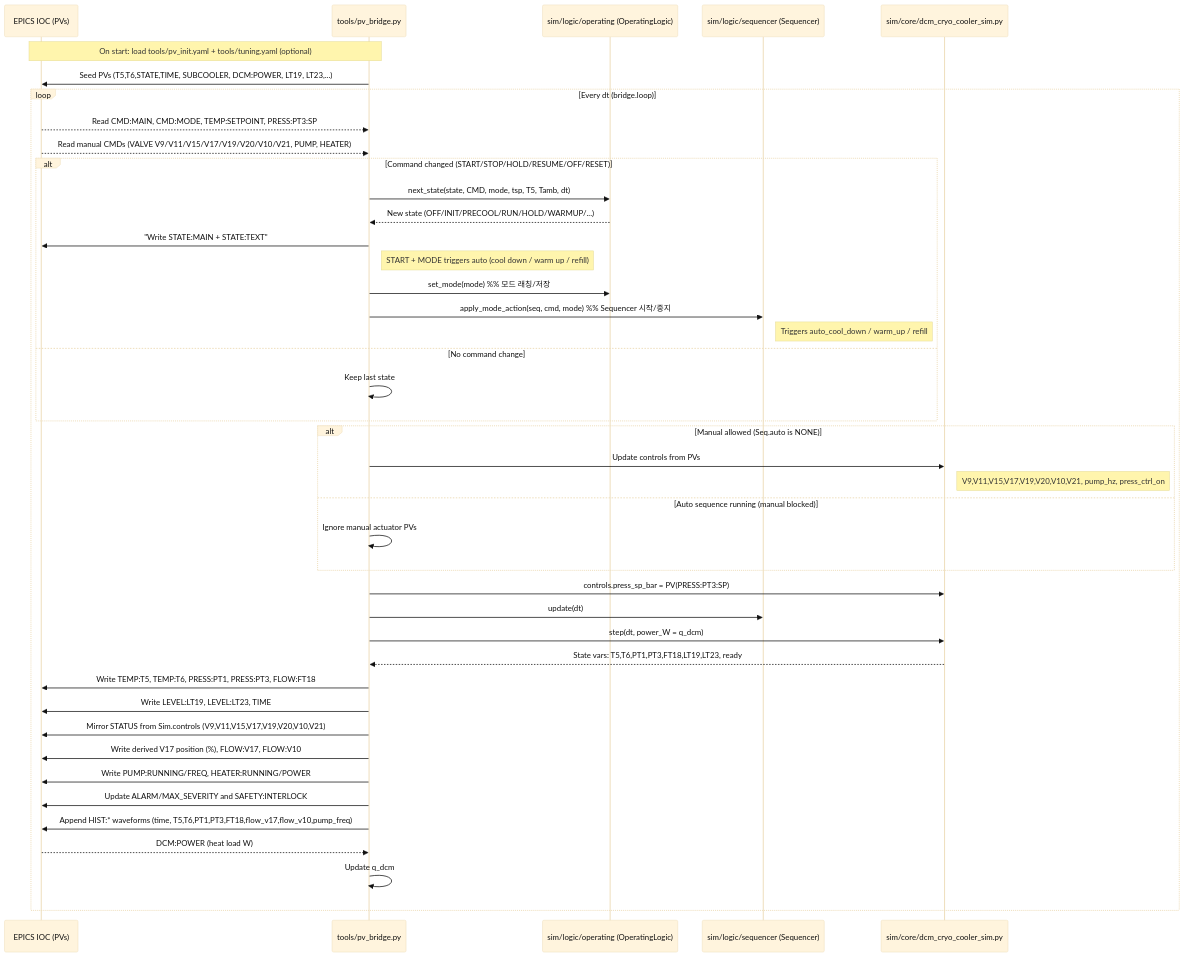
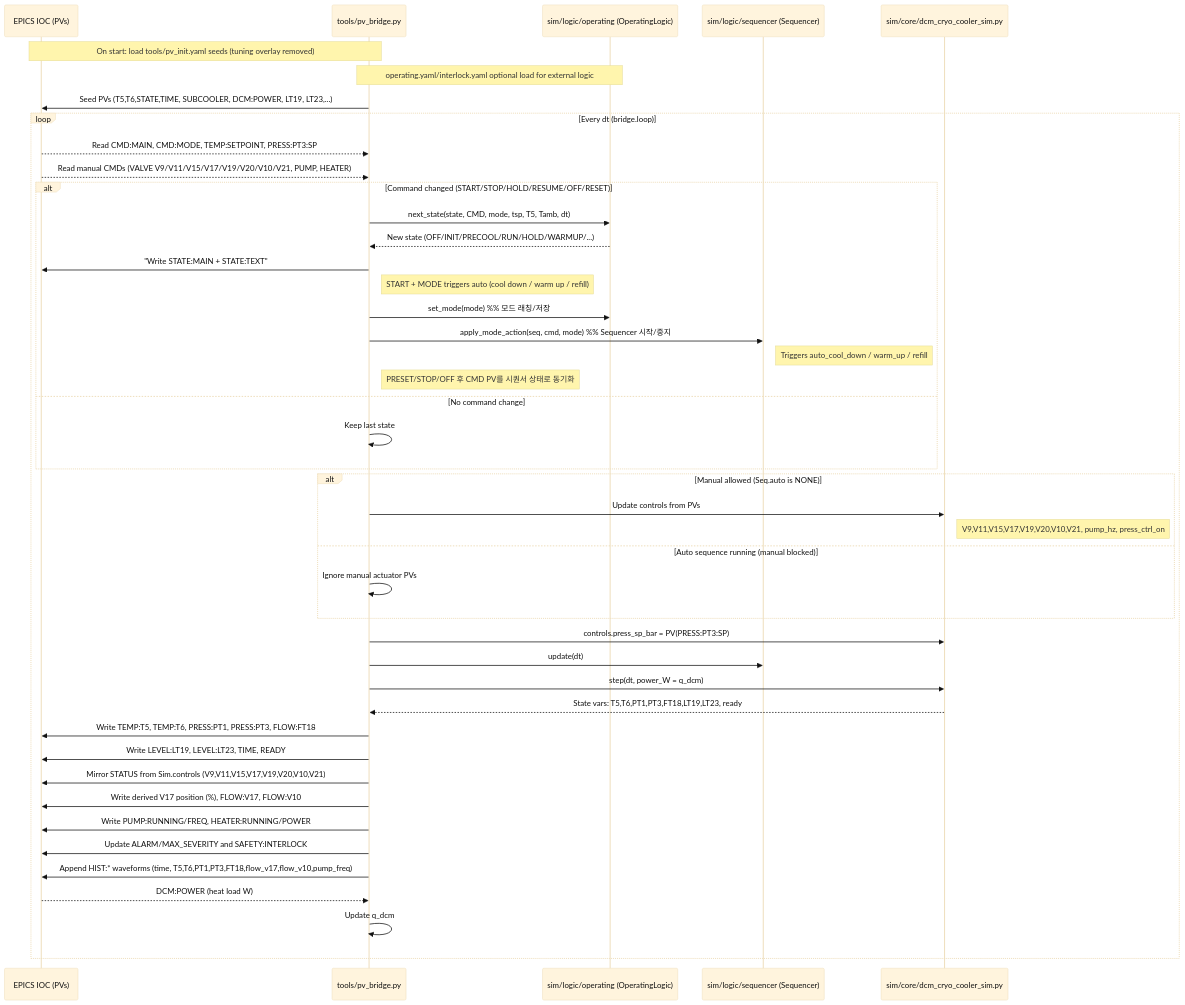
One commit to verysys-pal/DCM_CCV2 changed the diagram in docs/mermaid/pv_bridge_flow.mmd. Above: the diagram before and after it, drawn with Mermaid. The commit also changed 15 other files, not shown here.

```diff
--- a/docs/mermaid/pv_bridge_flow.mmd
+++ b/docs/mermaid/pv_bridge_flow.mmd
@@ -1,63 +1,65 @@
-%% Mermaid sequence diagram: pv_bridge.py ↔ OperatingLogic ↔ CryoCoolerSim ↔ EPICS PVs
-%% Shows how values flow each loop and on command changes
+%% Mermaid 시퀀스 다이어그램: pv_bridge.py ↔ OperatingLogic ↔ CryoCoolerSim ↔ EPICS PVs
+%% 루프별 값 흐름과 명령 변화 시 동작 설명
 
 %%{init: {
   "theme":"base",
   "themeVariables":{"background":"#ffffff","primaryTextColor":"#111111"
 }}}%%
 
 sequenceDiagram
-    %% Participants
+    %% 참가자 목록
     participant IOC as EPICS IOC (PVs)
     participant Bridge as tools/pv_bridge.py
     participant Oper as sim/logic/operating (OperatingLogic)
     participant Seq as sim/logic/sequencer (Sequencer)
     participant Sim as sim/core/dcm_cryo_cooler_sim.py
 
-    %% Initial config and tuning (optional)
-    Note over Bridge,IOC: On start: load tools/pv_init.yaml + tools/tuning.yaml (optional)
+    %% 초기 설정 (tuning overlay 제거됨)
+    Note over Bridge,IOC: On start: load tools/pv_init.yaml seeds (tuning overlay removed)
+    Note over Bridge,Oper: operating.yaml/interlock.yaml optional load for external logic
     Bridge->>IOC: Seed PVs (T5,T6,STATE,TIME, SUBCOOLER, DCM:POWER, LT19, LT23,...)
 
     loop Every dt (bridge.loop)
         IOC-->>Bridge: Read CMD:MAIN, CMD:MODE, TEMP:SETPOINT, PRESS:PT3:SP
         IOC-->>Bridge: Read manual CMDs (VALVE V9/V11/V15/V17/V19/V20/V10/V21, PUMP, HEATER)
 
         alt Command changed (START/STOP/HOLD/RESUME/OFF/RESET)
             Bridge->>Oper: next_state(state, CMD, mode, tsp, T5, Tamb, dt)
             Oper-->>Bridge: New state (OFF/INIT/PRECOOL/RUN/HOLD/WARMUP/...)
             Bridge->>IOC: "Write STATE:MAIN + STATE:TEXT"
             Note right of Bridge: START + MODE triggers auto (cool down / warm up / refill)
             Bridge->>Oper: set_mode(mode)  %% 모드 래칭/저장
             Bridge->>Seq: apply_mode_action(seq, cmd, mode)  %% Sequencer 시작/중지
             Note right of Seq: Triggers auto_cool_down / warm_up / refill
+            Note right of Bridge: PRESET/STOP/OFF 후 CMD PV를 시퀀서 상태로 동기화
         else No command change
             Bridge->>Bridge: Keep last state
         end
 
-        %% Apply manual actuators when allowed
+        %% 수동 밸브 허용 시 처리
         alt Manual allowed (Seq.auto is NONE)
             Bridge->>Sim: Update controls from PVs
             Note right of Sim: V9,V11,V15,V17,V19,V20,V10,V21, pump_hz, press_ctrl_on
         else Auto sequence running (manual blocked)
             Bridge->>Bridge: Ignore manual actuator PVs
         end
 
-        %% Setpoints and step
+        %% 설정값 적용 및 시뮬레이션 스텝
         Bridge->>Sim: controls.press_sp_bar = PV(PRESS:PT3:SP)
         Bridge->>Seq: update(dt)
         Bridge->>Sim: step(dt, power_W = q_dcm)
         Sim-->>Bridge: State vars: T5,T6,PT1,PT3,FT18,LT19,LT23, ready
 
-        %% Publish process values and statuses
+        %% 공정 값 및 상태 게시
         Bridge->>IOC: Write TEMP:T5, TEMP:T6, PRESS:PT1, PRESS:PT3, FLOW:FT18
-        Bridge->>IOC: Write LEVEL:LT19, LEVEL:LT23, TIME
+        Bridge->>IOC: Write LEVEL:LT19, LEVEL:LT23, TIME, READY
         Bridge->>IOC: Mirror STATUS from Sim.controls (V9,V11,V15,V17,V19,V20,V10,V21)
         Bridge->>IOC: Write derived V17 position (%), FLOW:V17, FLOW:V10
         Bridge->>IOC: Write PUMP:RUNNING/FREQ, HEATER:RUNNING/POWER
         Bridge->>IOC: Update ALARM/MAX_SEVERITY and SAFETY:INTERLOCK
         Bridge->>IOC: Append HIST:* waveforms (time, T5,T6,PT1,PT3,FT18,flow_v17,flow_v10,pump_freq)
 
-        %% Read operator heat load input (optional)
+        %% 운전자가 입력하는 열부하 읽기 (선택 사항)
         IOC-->>Bridge: DCM:POWER (heat load W)
         Bridge->>Bridge: Update q_dcm
     end
```
